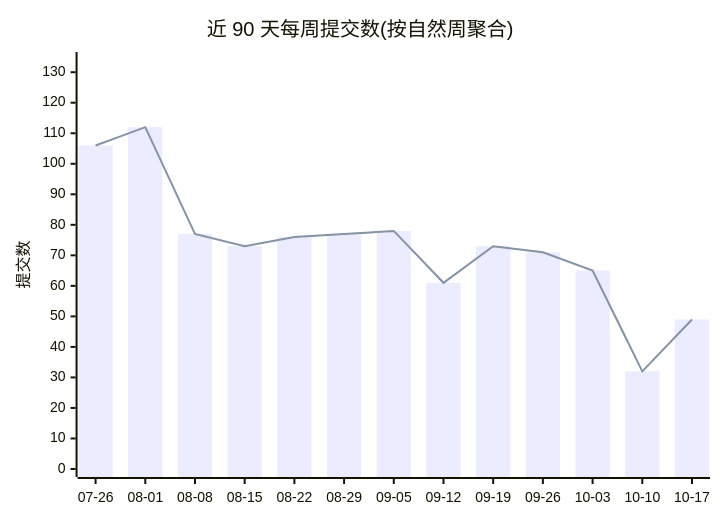
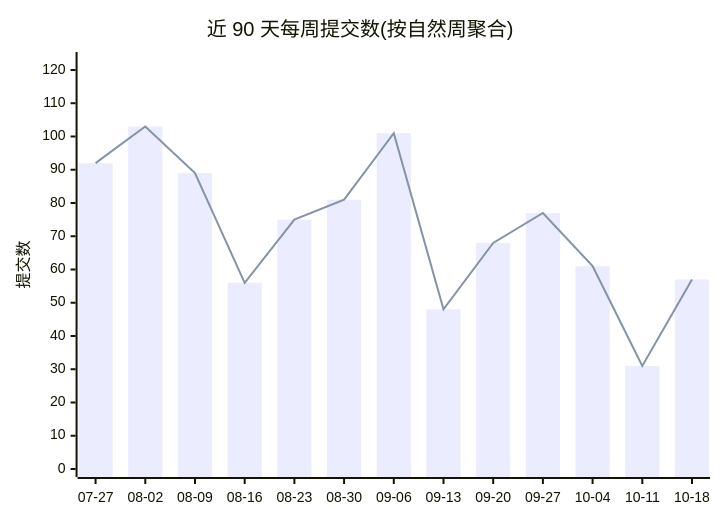
One commit to Conflux-Union/.github changed the first of 2 diagrams in profile/README.md. Above: the diagram before and after it, drawn with Mermaid. The commit also changed other lines of this file and 1 other file, not shown here.

````diff
--- a/profile/README.md
+++ b/profile/README.md
@@ -44,8 +44,8 @@
 ```mermaid
 xychart-beta
     title "近 90 天每周提交数(按自然周聚合)"
-    x-axis ["07-26", "08-01", "08-08", "08-15", "08-22", "08-29", "09-05", "09-12", "09-19", "09-26", "10-03", "10-10", "10-17"]
-    y-axis "提交数" 0 --> 134
-    bar [106, 112, 77, 73, 76, 77, 78, 61, 73, 71, 65, 32, 49]
-    line [106, 112, 77, 73, 76, 77, 78, 61, 73, 71, 65, 32, 49]
+    x-axis ["07-27", "08-02", "08-09", "08-16", "08-23", "08-30", "09-06", "09-13", "09-20", "09-27", "10-04", "10-11", "10-18"]
+    y-axis "提交数" 0 --> 123
+    bar [92, 103, 89, 56, 75, 81, 101, 48, 68, 77, 61, 31, 57]
+    line [92, 103, 89, 56, 75, 81, 101, 48, 68, 77, 61, 31, 57]
 ```
````
